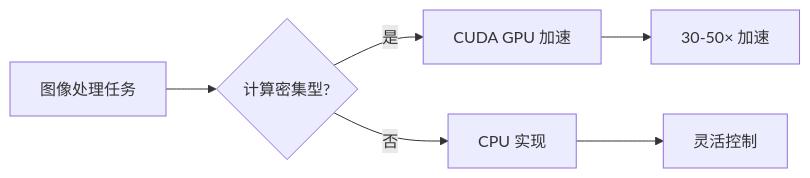
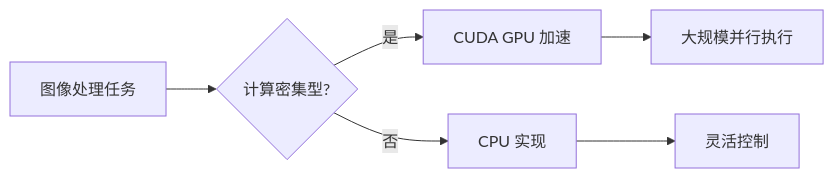
The first of 4 diagrams in docs/zh/whitepaper/overview.md (vibe-knight/cudaimg), drawn with Mermaid before and after one commit. The commit also changed other lines of this file and 87 other files, not shown here.

````diff
--- a/docs/zh/whitepaper/overview.md
+++ b/docs/zh/whitepaper/overview.md
@@ -28,8 +28,8 @@
 ```mermaid
 flowchart LR
     A[图像处理任务] --> B{计算密集型?}
     B -->|是| C[CUDA GPU 加速]
     B -->|否| D[CPU 实现]
-    C --> E[30-50× 加速]
+    C --> E[大规模并行执行]
     D --> F[灵活控制]
 ```
````
